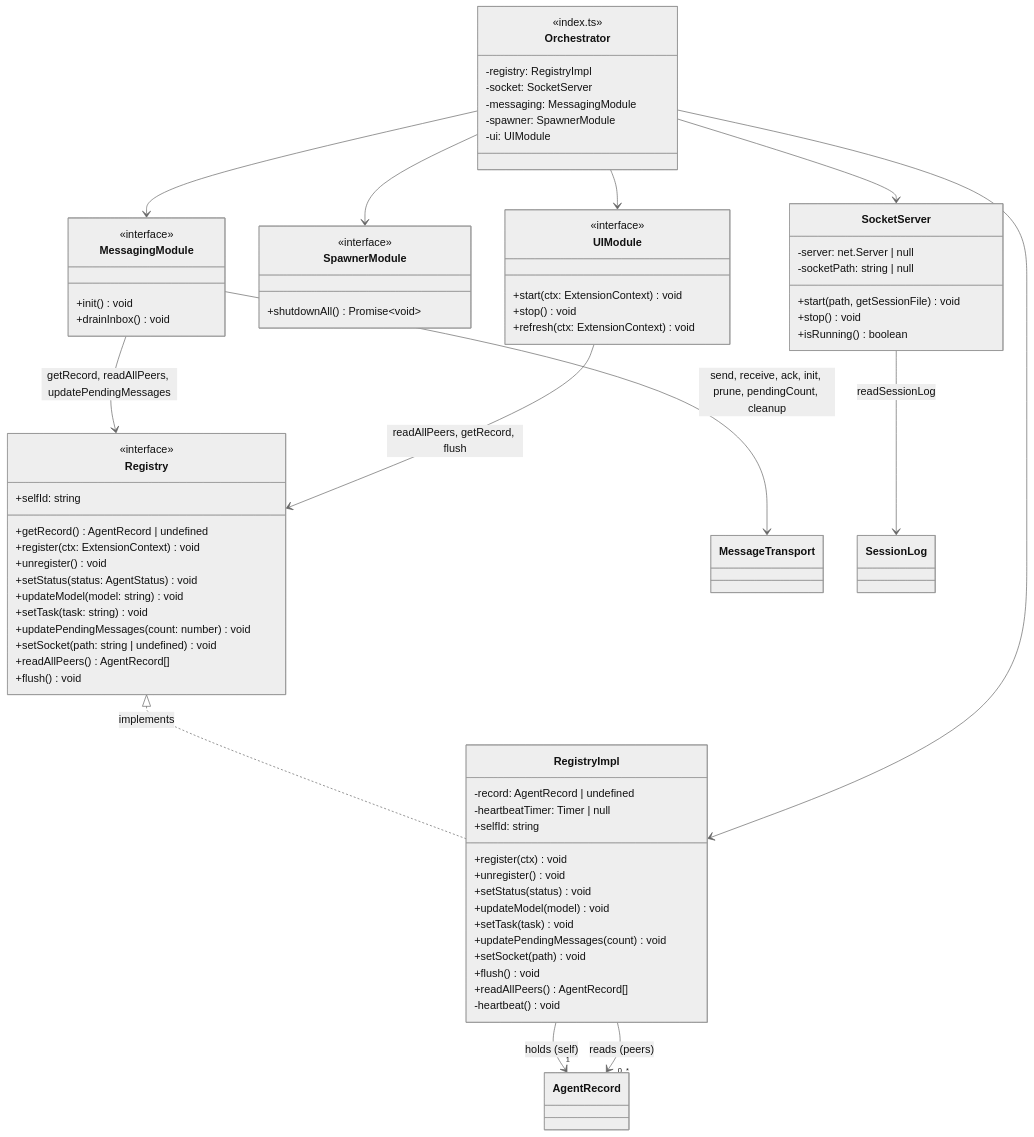
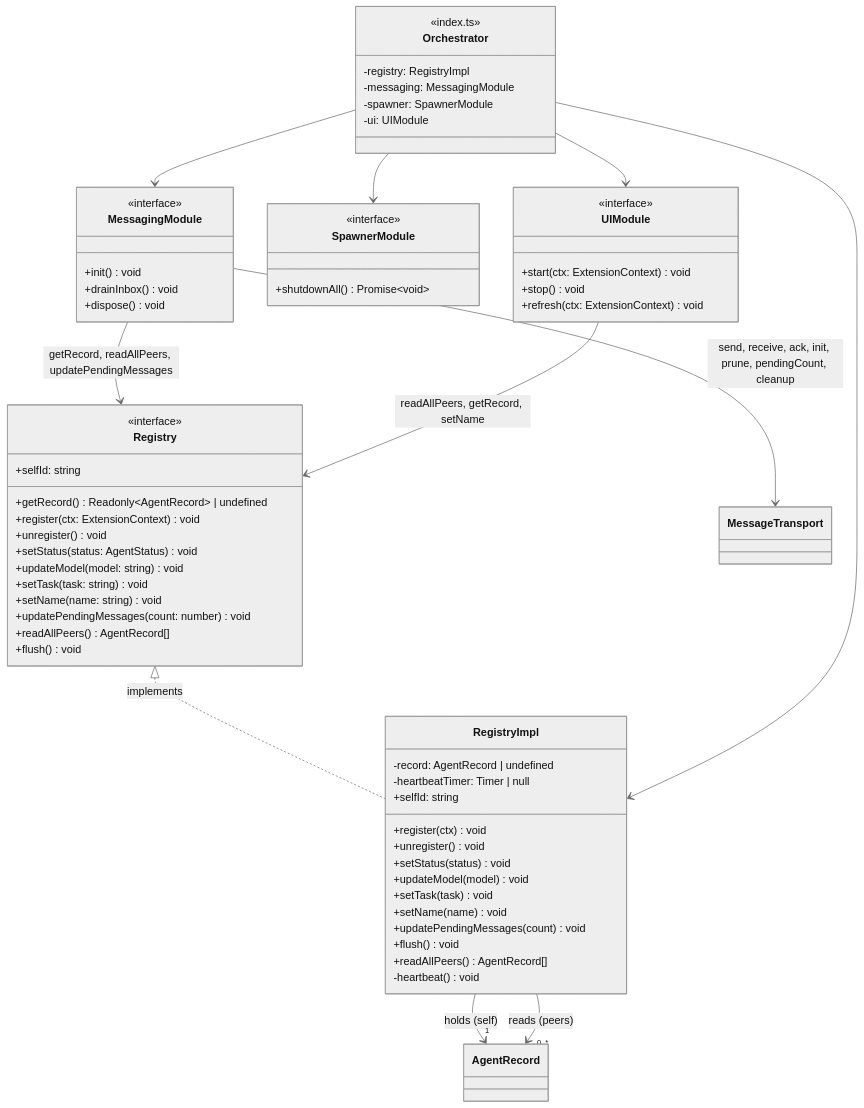
Before and after one commit to tS7hKamAYL84j91/pi-tools-and-skills: the second of 3 diagrams in docs/C4-Code.md, drawn with Mermaid (neutral theme). The commit also changed other lines of this file and 27 other files, not shown here.

First line of the commit message:
refactor(panopticon): remove dead socket server, enforce dead code analysis

````diff
--- a/docs/C4-Code.md
+++ b/docs/C4-Code.md
@@ -80,14 +80,14 @@
     class Registry {
         <<interface>>
         +selfId: string
-        +getRecord() AgentRecord | undefined
+        +getRecord() Readonly~AgentRecord~ | undefined
         +register(ctx: ExtensionContext) void
         +unregister() void
         +setStatus(status: AgentStatus) void
         +updateModel(model: string) void
         +setTask(task: string) void
+        +setName(name: string) void
         +updatePendingMessages(count: number) void
-        +setSocket(path: string | undefined) void
         +readAllPeers() AgentRecord[]
         +flush() void
     }
@@ -101,8 +101,8 @@
         +setStatus(status) void
         +updateModel(model) void
         +setTask(task) void
+        +setName(name) void
         +updatePendingMessages(count) void
-        +setSocket(path) void
         +flush() void
         +readAllPeers() AgentRecord[]
         -heartbeat() void
@@ -112,6 +112,7 @@
         <<interface>>
         +init() void
         +drainInbox() void
+        +dispose() void
     }
 
     class SpawnerModule {
@@ -126,18 +127,9 @@
         +refresh(ctx: ExtensionContext) void
     }
 
-    class SocketServer {
-        -server: net.Server | null
-        -socketPath: string | null
-        +start(path, getSessionFile) void
-        +stop() void
-        +isRunning() boolean
-    }
-
     class Orchestrator {
         <<index.ts>>
         -registry: RegistryImpl
-        -socket: SocketServer
         -messaging: MessagingModule
         -spawner: SpawnerModule
         -ui: UIModule
@@ -148,13 +140,11 @@
     RegistryImpl --> "0..*" AgentRecord : reads (peers)
 
     Orchestrator --> RegistryImpl
-    Orchestrator --> SocketServer
     Orchestrator --> MessagingModule
     Orchestrator --> SpawnerModule
     Orchestrator --> UIModule
 
     MessagingModule --> Registry : getRecord, readAllPeers, updatePendingMessages
     MessagingModule --> MessageTransport : send, receive, ack, init, prune, pendingCount, cleanup
-    UIModule --> Registry : readAllPeers, getRecord, flush
-    SocketServer --> SessionLog : readSessionLog
+    UIModule --> Registry : readAllPeers, getRecord, setName
 ```
````
